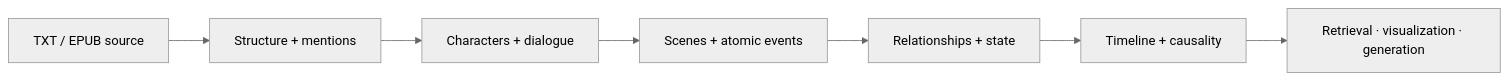
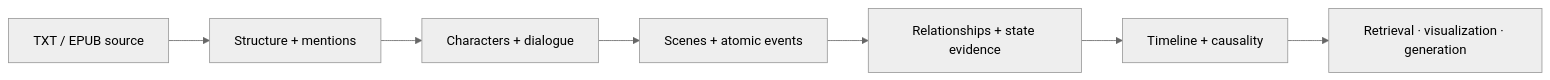
The first of 2 diagrams in README.md (faresmohamed260/saga), drawn with Mermaid (neutral theme) before and after one commit. The commit also changed other lines of this file, not shown here.

````diff
--- a/README.md
+++ b/README.md
@@ -32,9 +41,9 @@
-~~~mermaid
+```mermaid
 flowchart LR
     A["TXT / EPUB source"] --> B["Structure + mentions"]
     B --> C["Characters + dialogue"]
     C --> D["Scenes + atomic events"]
-    D --> E["Relationships + state"]
+    D --> E["Relationships + state evidence"]
     E --> F["Timeline + causality"]
     F --> G["Retrieval · visualization · generation"]
-~~~
+```
````
